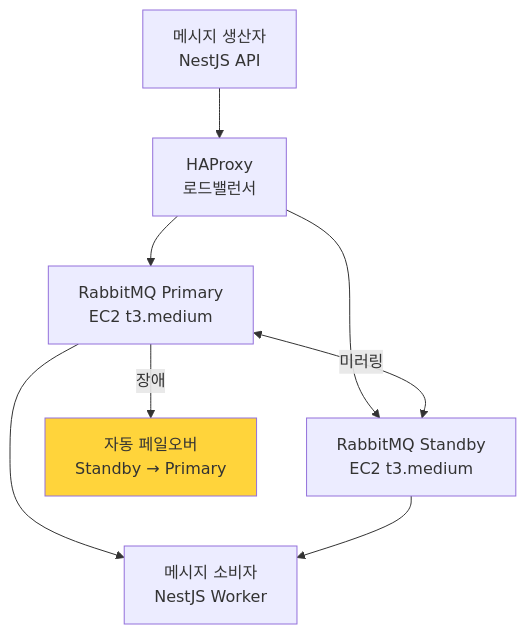
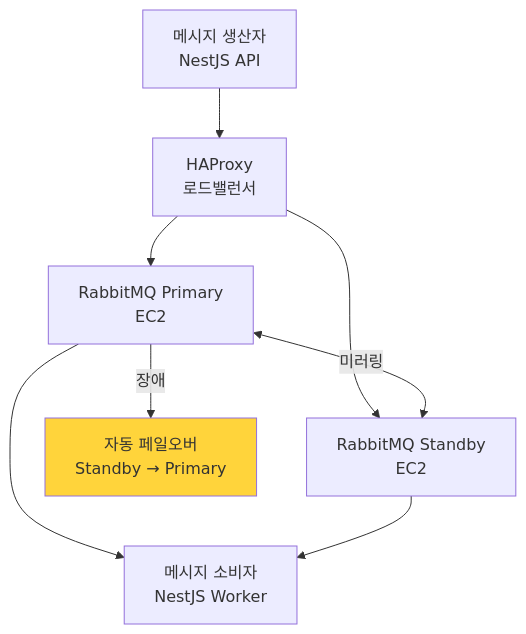
One commit to SJY0917032/SJY0917032.github.io changed the second of 2 diagrams in docs/posts/infra-cost-reduction.md. Above: the diagram before and after it, drawn with Mermaid. The commit also changed other lines of this file and 3 other files, not shown here.

````diff
--- a/docs/posts/infra-cost-reduction.md
+++ b/docs/posts/infra-cost-reduction.md
@@ -122,16 +122,16 @@
 ```mermaid
 flowchart TB
     PRODUCER[메시지 생산자\nNestJS API] --> LB[HAProxy\n로드밸런서]
 
-    LB --> PRIMARY[RabbitMQ Primary\nEC2 t3.medium]
-    LB --> STANDBY[RabbitMQ Standby\nEC2 t3.medium]
+    LB --> PRIMARY[RabbitMQ Primary\nEC2]
+    LB --> STANDBY[RabbitMQ Standby\nEC2]
 
     PRIMARY <-->|미러링| STANDBY
 
     PRIMARY --> CONSUMER[메시지 소비자\nNestJS Worker]
     STANDBY --> CONSUMER
 
     PRIMARY -->|장애| FAILOVER[자동 페일오버\nStandby → Primary]
 
     style FAILOVER fill:#ffd43b
 ```
````
